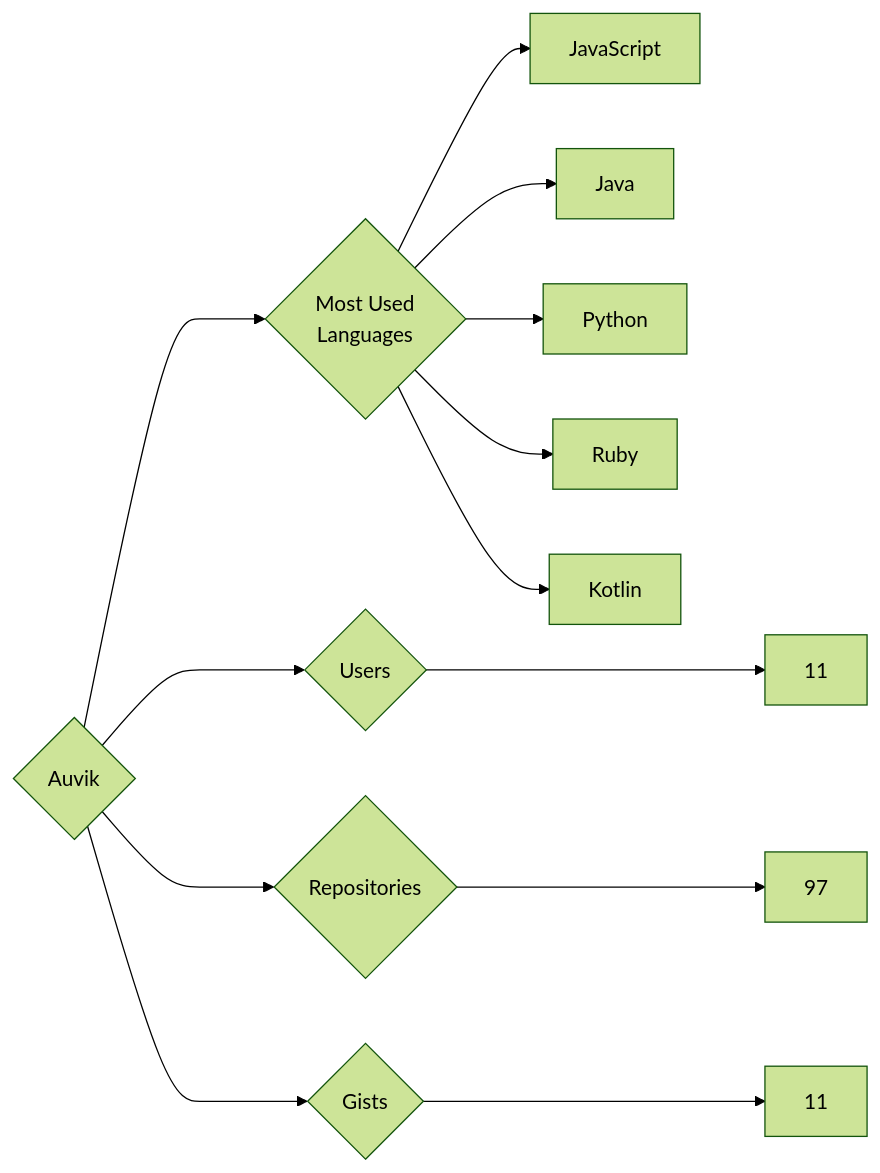
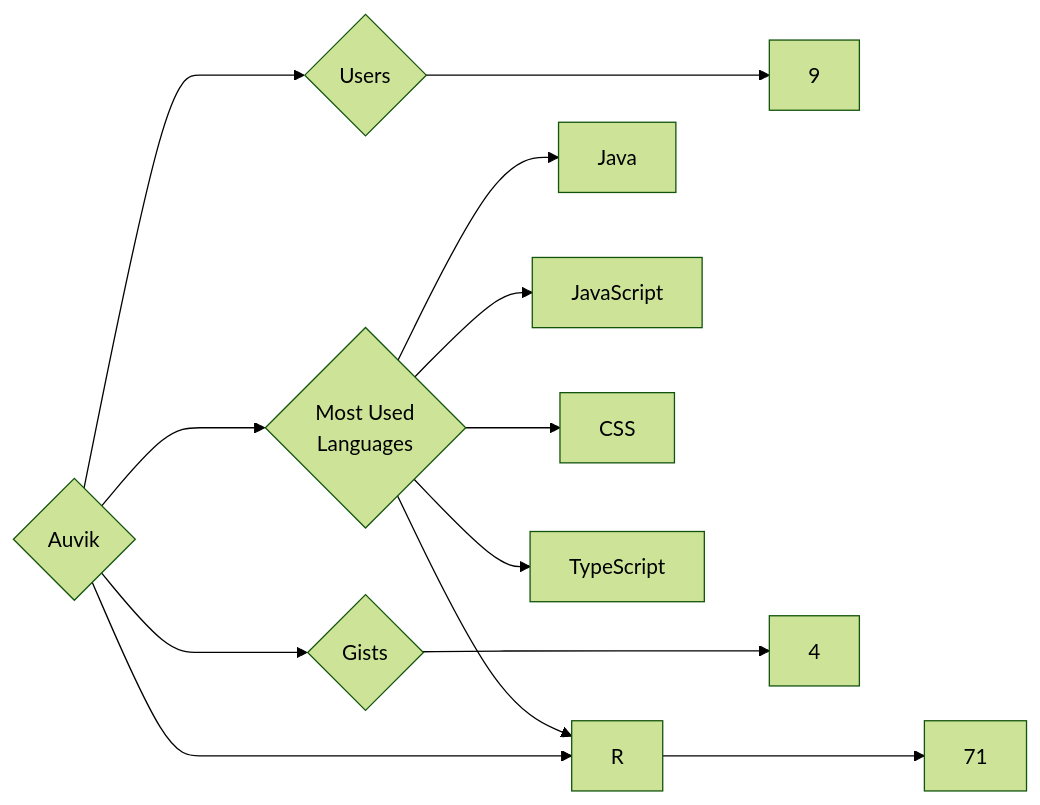
One commit to trickest/insiders changed the diagram in targets/Auvik/README.md. Above: the diagram before and after it, drawn with Mermaid (forest theme). The commit also changed 736 other files, not shown here.

````diff
--- a/targets/Auvik/README.md
+++ b/targets/Auvik/README.md
@@ -3,13 +3,13 @@
 ```mermaid
 graph LR
 COMPANY_NAME{Auvik}
-COMPANY_NAME ---> U{Users} ---> UN[11]
-COMPANY_NAME ---> R{Repositories} ---> RN[97]
-COMPANY_NAME ---> G{Gists} ---> GN[11]
+COMPANY_NAME ---> U{Users} ---> UN[9]
+COMPANY_NAME ---> R{Repositories} ---> RN[71]
+COMPANY_NAME ---> G{Gists} ---> GN[4]
 COMPANY_NAME ---> ML{Most Used<br>Languages}
+ML --> Java[Java]
 ML --> JavaScript[JavaScript]
-ML --> Java[Java]
-ML --> Python[Python]
-ML --> Ruby[Ruby]
-ML --> Kotlin[Kotlin]
+ML --> R[R]
+ML --> CSS[CSS]
+ML --> TypeScript[TypeScript]
 ```
````
